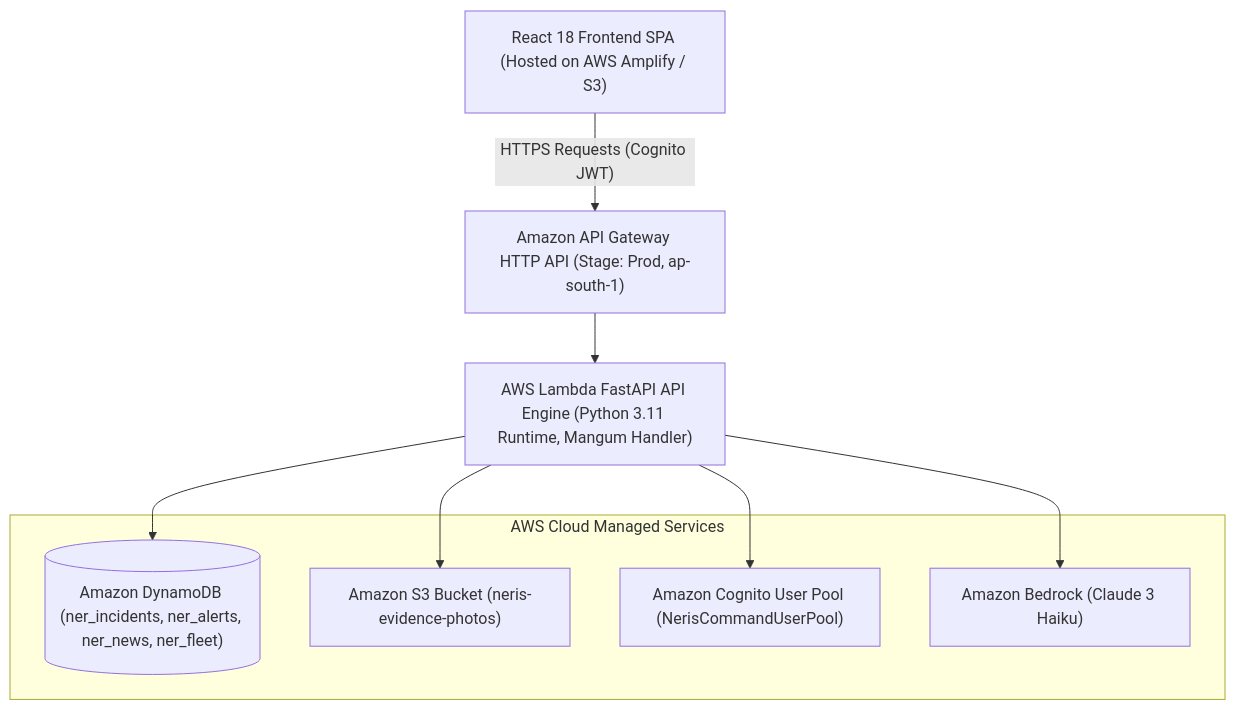
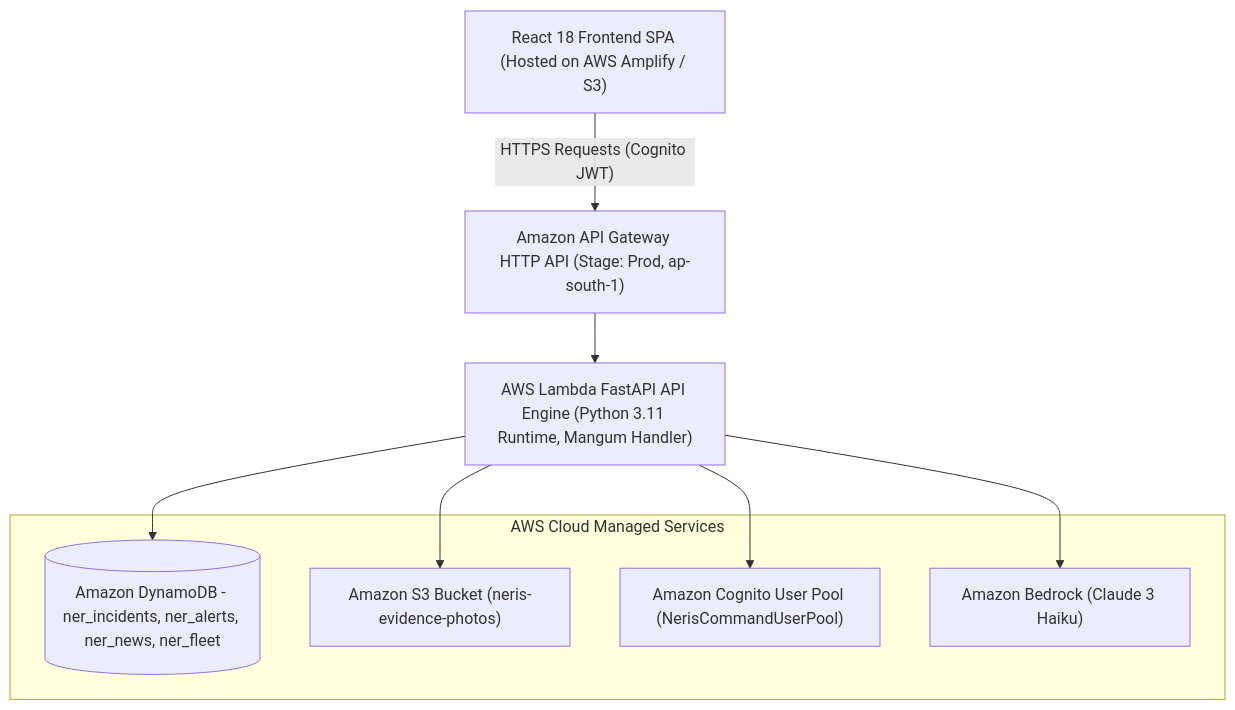
One commit to Hritik983567-Art/NERIS changed the diagram in README.md. Above: the diagram before and after it, drawn with Mermaid. The commit also changed 7 other files, not shown here.

Commit message:
fix(docs): resolve parse error in Bedrock workflow Mermaid diagram by quoting pipe labels and sanitizing cylinder nodes

````diff
--- a/README.md
+++ b/README.md
@@ -56,20 +56,20 @@
 ```mermaid
 flowchart TD
     SPA["React 18 Frontend SPA (Hosted on AWS Amplify / S3)"]
     APIGW["Amazon API Gateway HTTP API (Stage: Prod, ap-south-1)"]
     Lambda["AWS Lambda FastAPI API Engine (Python 3.11 Runtime, Mangum Handler)"]
 
     subgraph AWS ["AWS Cloud Managed Services"]
-        DDB[("Amazon DynamoDB (ner_incidents, ner_alerts, ner_news, ner_fleet)")]
+        DDB[("Amazon DynamoDB - ner_incidents, ner_alerts, ner_news, ner_fleet")]
         S3["Amazon S3 Bucket (neris-evidence-photos)"]
         Cognito["Amazon Cognito User Pool (NerisCommandUserPool)"]
         Bedrock["Amazon Bedrock (Claude 3 Haiku)"]
     end
 
     SPA -->|"HTTPS Requests (Cognito JWT)"| APIGW
     APIGW --> Lambda
     Lambda --> DDB
     Lambda --> S3
     Lambda --> Cognito
     Lambda --> Bedrock
 ```
````
